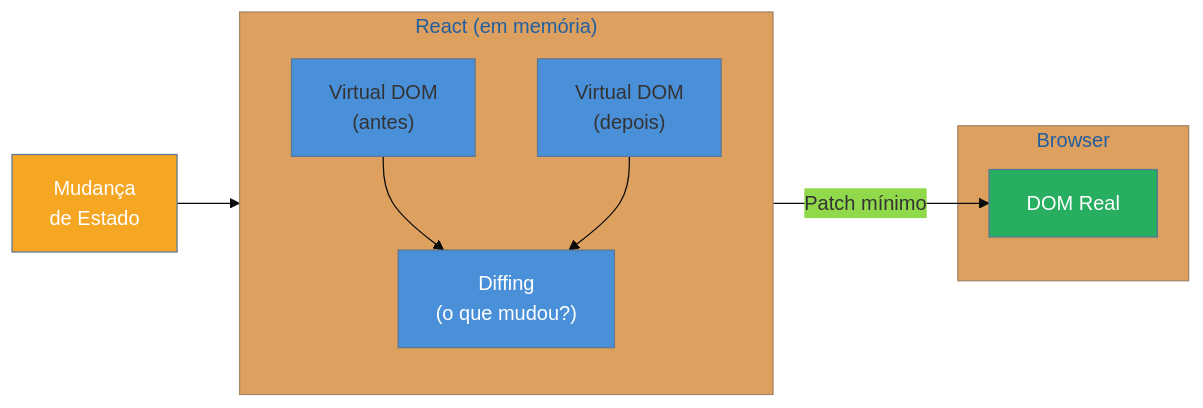
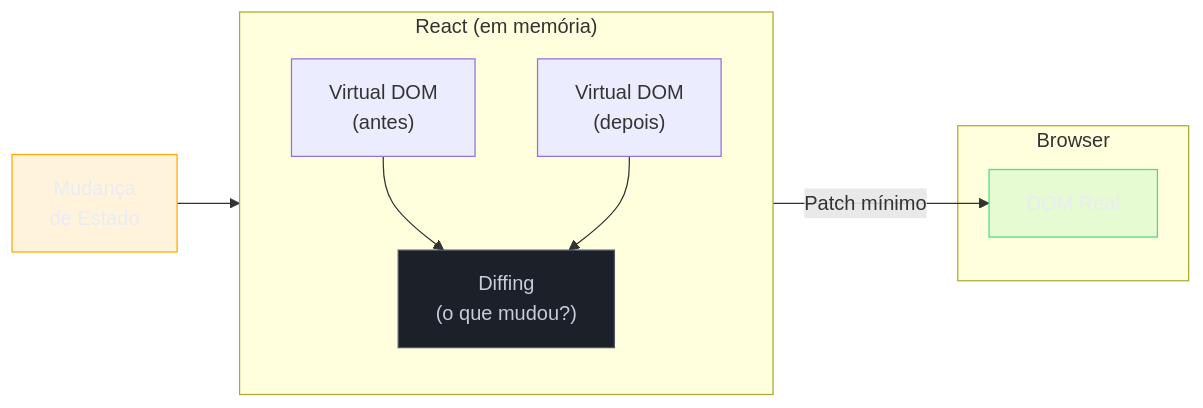
Before and after one commit to josenaldo/codex-technomanticus: the third of 4 diagrams in 03-Dominios/Tecnologia/React/React core/01 - O que é React e a UI declarativa.md, drawn with Mermaid. The commit also changed other lines of this file and 1181 other files, not shown here.

First line of the commit message:
fix(diagramas): paleta do sistema no lugar de cor cravada no markdown

````diff
--- a/03-Dominios/Tecnologia/React/React core/01 - O que é React e a UI declarativa.md
+++ b/03-Dominios/Tecnologia/React/React core/01 - O que é React e a UI declarativa.md
@@ -193,23 +196,25 @@
 ```mermaid
-%%{init: {"theme": "base", "themeVariables": {"primaryColor": "#4A90D9"}}}%%
 flowchart LR
+    classDef destaque fill:#FFAA0024,stroke:#FFAA00,color:#E9ECF2
+    classDef neutro fill:#1B2029,stroke:#4E5666,color:#C6CCD8
+    classDef ok fill:#4ADE8021,stroke:#4ADE80,color:#E9ECF2
     subgraph react["React (em memória)"]
         direction TB
         VDOM_OLD["Virtual DOM\n(antes)"]
         VDOM_NEW["Virtual DOM\n(depois)"]
         DIFF["Diffing\n(o que mudou?)"]
         VDOM_OLD --> DIFF
         VDOM_NEW --> DIFF
     end
 
     subgraph browser["Browser"]
         DOM["DOM Real"]
     end
 
     State["Mudança\nde Estado"] --> VDOM_NEW
     DIFF -->|"Patch mínimo"| DOM
 
-    style State fill:#F5A623,color:#fff
-    style DIFF fill:#4A90D9,color:#fff
-    style DOM fill:#27AE60,color:#fff
+    class State destaque
+    class DIFF neutro
+    class DOM ok
 ```
````
